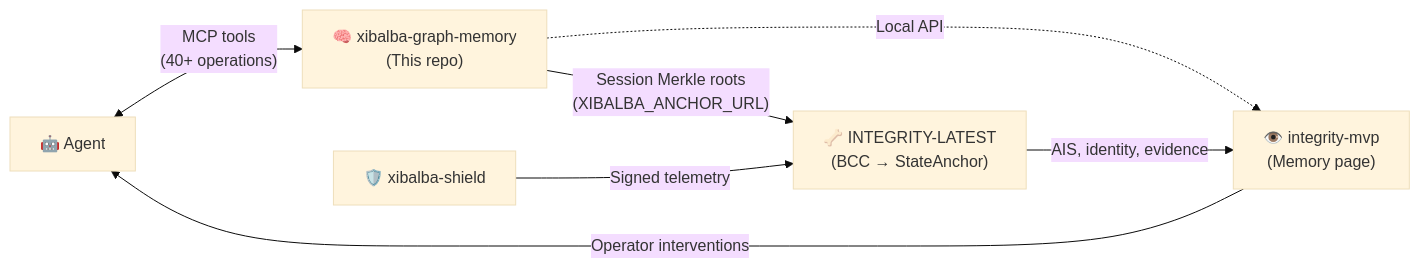
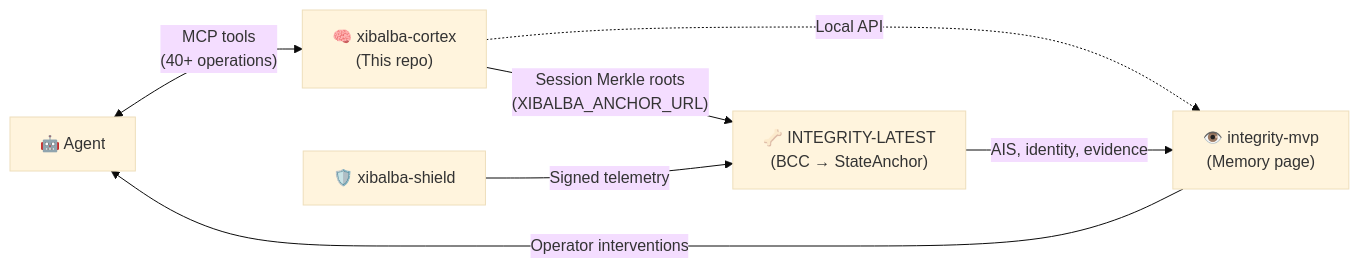
Before and after one commit to XibalbaTechSol/xibalba-cortex: the diagram in README.md, drawn with Mermaid (base theme). The commit also changed other lines of this file and 58 other files, not shown here.

First line of the commit message:
Rename project: xibalba-graph-memory -> xibalba-cortex

````diff
--- a/README.md
+++ b/README.md
@@ -29,9 +29,9 @@
 ```mermaid
 flowchart LR
-    Agent["🤖 Agent"] <-->|"MCP tools<br/>(40+ operations)"| Brain["🧠 xibalba-graph-memory<br/>(This repo)"]
+    Agent["🤖 Agent"] <-->|"MCP tools<br/>(40+ operations)"| Brain["🧠 xibalba-cortex<br/>(This repo)"]
     Brain -->|"Session Merkle roots<br/>(XIBALBA_ANCHOR_URL)"| Backbone["🦴 INTEGRITY-LATEST<br/>(BCC → StateAnchor)"]
     Brain -.->|"Local API"| Eyes["👁️ integrity-mvp<br/>(Memory page)"]
     Immune["🛡️ xibalba-shield"] -->|"Signed telemetry"| Backbone
     Backbone -->|"AIS, identity, evidence"| Eyes
     Eyes -->|"Operator interventions"| Agent
 ```
````
